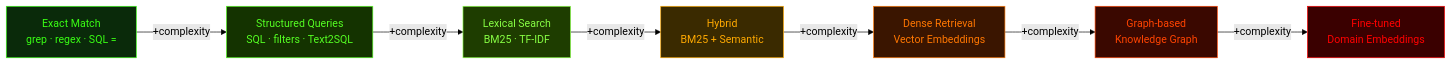
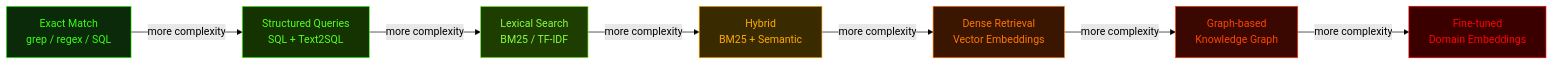
The first of 3 diagrams in 2026/02/19/rag-from-theory-to-enterprise.md (bet0x/barrahome-2026), drawn with Mermaid (forest theme) before and after one commit. The commit also changed other lines of this file, not shown here.

Commit message:
Fix mermaid diagram syntax in RAG article

```diff
--- a/2026/02/19/rag-from-theory-to-enterprise.md
+++ b/2026/02/19/rag-from-theory-to-enterprise.md
@@ -24,33 +24,25 @@
 <div class="mermaid">
-flowchart LR
-    EM["Exact Match\ngrep · regex · SQL ="]
-    SQL["Structured Queries\nSQL · filters · Text2SQL"]
-    BM25["Lexical Search\nBM25 · TF-IDF"]
+graph LR
+    EM["Exact Match\ngrep / regex / SQL"]
+    SQL["Structured Queries\nSQL + Text2SQL"]
+    BM25["Lexical Search\nBM25 / TF-IDF"]
     HYB["Hybrid\nBM25 + Semantic"]
     VEC["Dense Retrieval\nVector Embeddings"]
     GRAPH["Graph-based\nKnowledge Graph"]
     FINE["Fine-tuned\nDomain Embeddings"]
 
-    EM -->|+complexity| SQL
-    SQL -->|+complexity| BM25
-    BM25 -->|+complexity| HYB
-    HYB -->|+complexity| VEC
-    VEC -->|+complexity| GRAPH
-    GRAPH -->|+complexity| FINE
+    EM -->|more complexity| SQL
+    SQL -->|more complexity| BM25
+    BM25 -->|more complexity| HYB
+    HYB -->|more complexity| VEC
+    VEC -->|more complexity| GRAPH
+    GRAPH -->|more complexity| FINE
 
-    EM:::l1
-    SQL:::l2
-    BM25:::l3
-    HYB:::l4
-    VEC:::l5
-    GRAPH:::l6
-    FINE:::l7
-
-    classDef l1 fill:#0a2a0a,stroke:#39ff14,color:#39ff14
-    classDef l2 fill:#143300,stroke:#55ff22,color:#55ff22
-    classDef l3 fill:#1e3d00,stroke:#88ff44,color:#88ff44
-    classDef l4 fill:#3a2a00,stroke:#ffaa00,color:#ffaa00
-    classDef l5 fill:#3a1500,stroke:#ff7700,color:#ff7700
-    classDef l6 fill:#3a0800,stroke:#ff4400,color:#ff4400
-    classDef l7 fill:#3a0000,stroke:#ff0000,color:#ff0000
+    style EM fill:#0a2a0a,stroke:#39ff14,color:#39ff14
+    style SQL fill:#143300,stroke:#55ff22,color:#55ff22
+    style BM25 fill:#1e3d00,stroke:#88ff44,color:#88ff44
+    style HYB fill:#3a2a00,stroke:#ffaa00,color:#ffaa00
+    style VEC fill:#3a1500,stroke:#ff7700,color:#ff7700
+    style GRAPH fill:#3a0800,stroke:#ff4400,color:#ff4400
+    style FINE fill:#3a0000,stroke:#ff0000,color:#ff0000
 </div>
```
